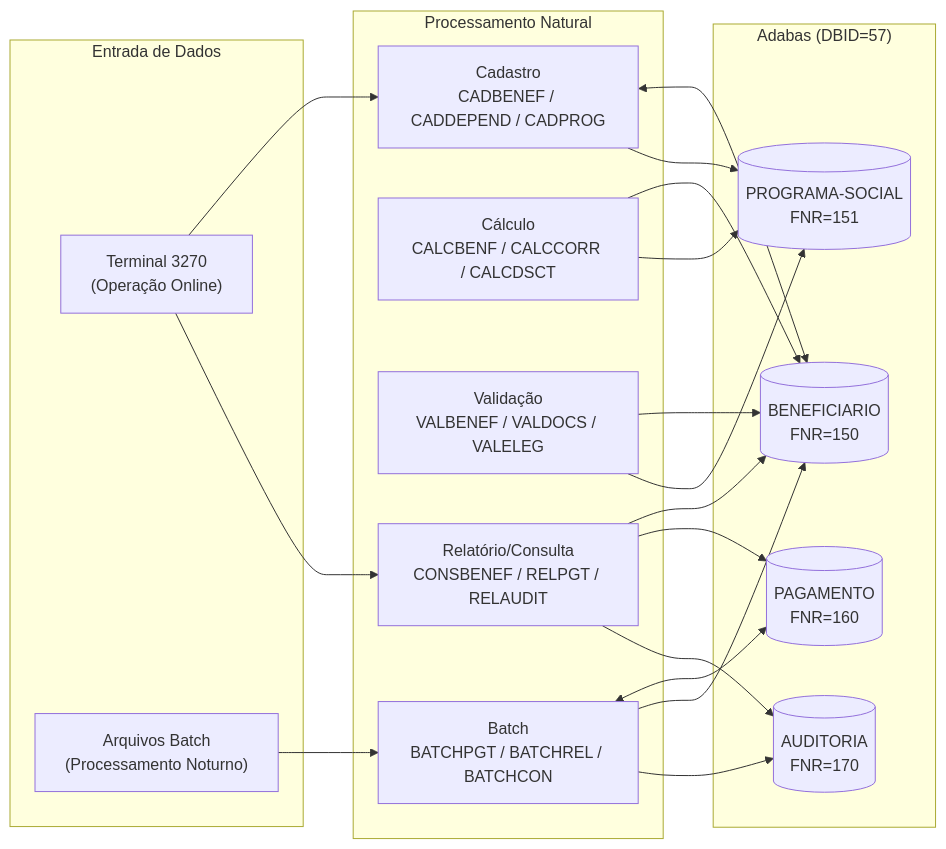
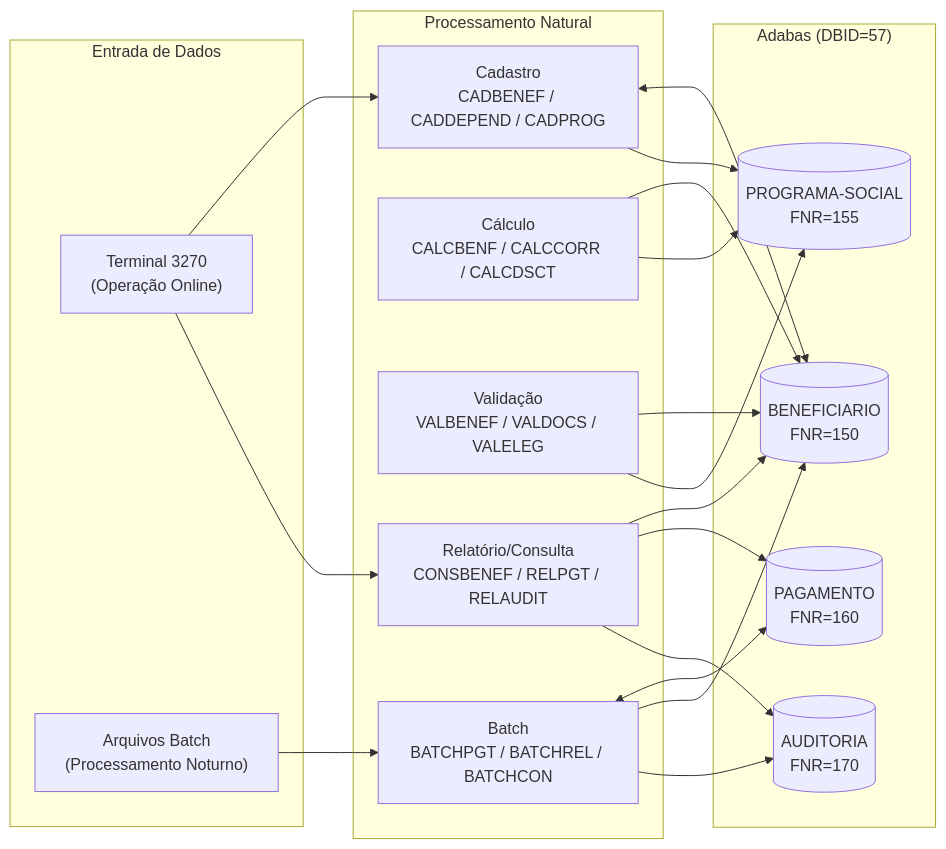
The second of 2 diagrams in 01-arqueologia/dependency-map.md (agentic-devops-workshop/workshop-azul-01), drawn with Mermaid before and after one commit. The commit also changed other lines of this file, not shown here.

````diff
--- a/01-arqueologia/dependency-map.md
+++ b/01-arqueologia/dependency-map.md
@@ -164,39 +165,39 @@
 ```mermaid
 flowchart LR
  subgraph "Entrada de Dados"
    UI["Terminal 3270<br/>(Operação Online)"]
    BATCH["Arquivos Batch<br/>(Processamento Noturno)"]
  end
 
  subgraph "Processamento Natural"
    PROG_CAD["Cadastro<br/>CADBENEF / CADDEPEND / CADPROG"]
    PROG_CALC["Cálculo<br/>CALCBENF / CALCCORR / CALCDSCT"]
    PROG_VAL["Validação<br/>VALBENEF / VALDOCS / VALELEG"]
    PROG_REL["Relatório/Consulta<br/>CONSBENEF / RELPGT / RELAUDIT"]
    PROG_BATCH["Batch<br/>BATCHPGT / BATCHREL / BATCHCON"]
  end
 
  subgraph "Adabas (DBID=57)"
    DDM_BENEF[("BENEFICIARIO<br/>FNR=150")]
-   DDM_PROG[("PROGRAMA-SOCIAL<br/>FNR=151")]
+   DDM_PROG[("PROGRAMA-SOCIAL<br/>FNR=155")]
    DDM_PGTO[("PAGAMENTO<br/>FNR=160")]
    DDM_AUDIT[("AUDITORIA<br/>FNR=170")]
  end
 
  UI --> PROG_CAD
  UI --> PROG_REL
  BATCH --> PROG_BATCH
 
  PROG_CAD <--> DDM_BENEF
  PROG_CAD --> DDM_PROG
  PROG_CALC --> DDM_BENEF
  PROG_CALC --> DDM_PROG
  PROG_VAL --> DDM_BENEF
  PROG_VAL --> DDM_PROG
  PROG_REL --> DDM_BENEF
  PROG_REL --> DDM_PGTO
  PROG_REL --> DDM_AUDIT
  PROG_BATCH <--> DDM_PGTO
  PROG_BATCH --> DDM_BENEF
  PROG_BATCH --> DDM_AUDIT
 ```
````
